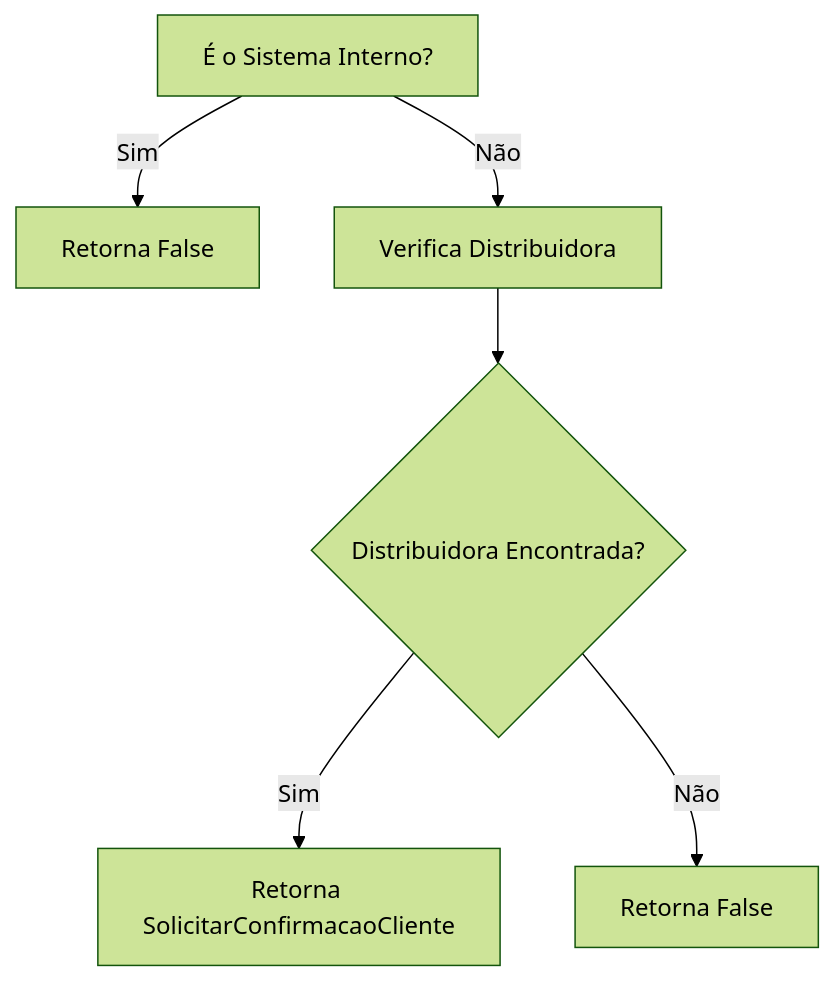
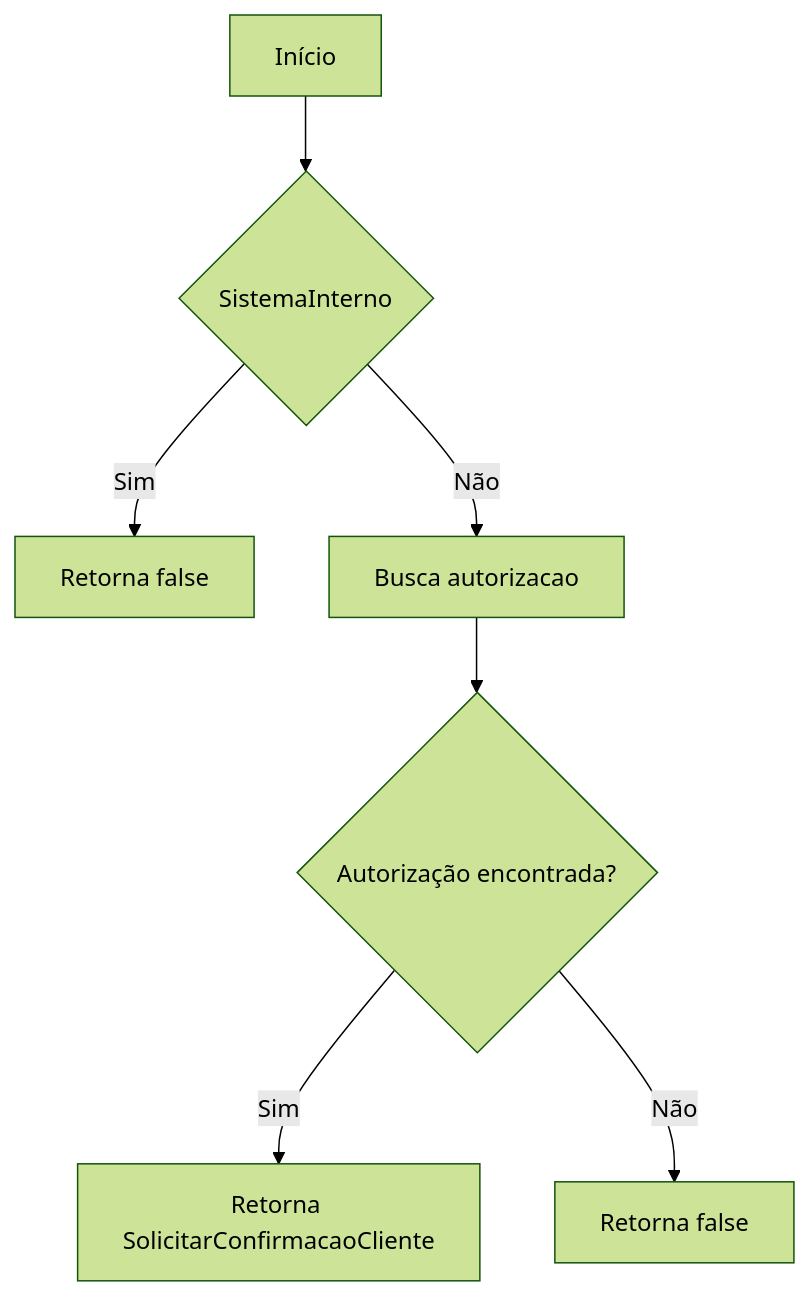
One commit to IsthmusSistemas/documentacao-tecnica changed the second of 3 diagrams in docs/b2b-dominio/IsthmusWinthor.Nucleo/IsthmusWinthor.Dominio/Entidades/SistemaConsumidorB2B.md. Above: the diagram before and after it, drawn with Mermaid (forest theme). The commit also changed other lines of this file and 882 other files, not shown here.

````diff
--- a/docs/b2b-dominio/IsthmusWinthor.Nucleo/IsthmusWinthor.Dominio/Entidades/SistemaConsumidorB2B.md
+++ b/docs/b2b-dominio/IsthmusWinthor.Nucleo/IsthmusWinthor.Dominio/Entidades/SistemaConsumidorB2B.md
@@ -43,8 +36,9 @@
 ```mermaid
 flowchart TD
-    A[É o Sistema Interno?] -->|Sim| B[Retorna False]
-    A -->|Não| C[Verifica Distribuidora]
-    C --> D{Distribuidora Encontrada?}
-    D -->|Sim| E[Retorna SolicitarConfirmacaoCliente]
-    D -->|Não| F[Retorna False]
+    A[Início] --> B{SistemaInterno}
+    B -- Sim --> C[Retorna false]
+    B -- Não --> D[Busca autorizacao]
+    D --> E{Autorização encontrada?}
+    E -- Sim --> F[Retorna SolicitarConfirmacaoCliente]
+    E -- Não --> G[Retorna false]
 ```
````
